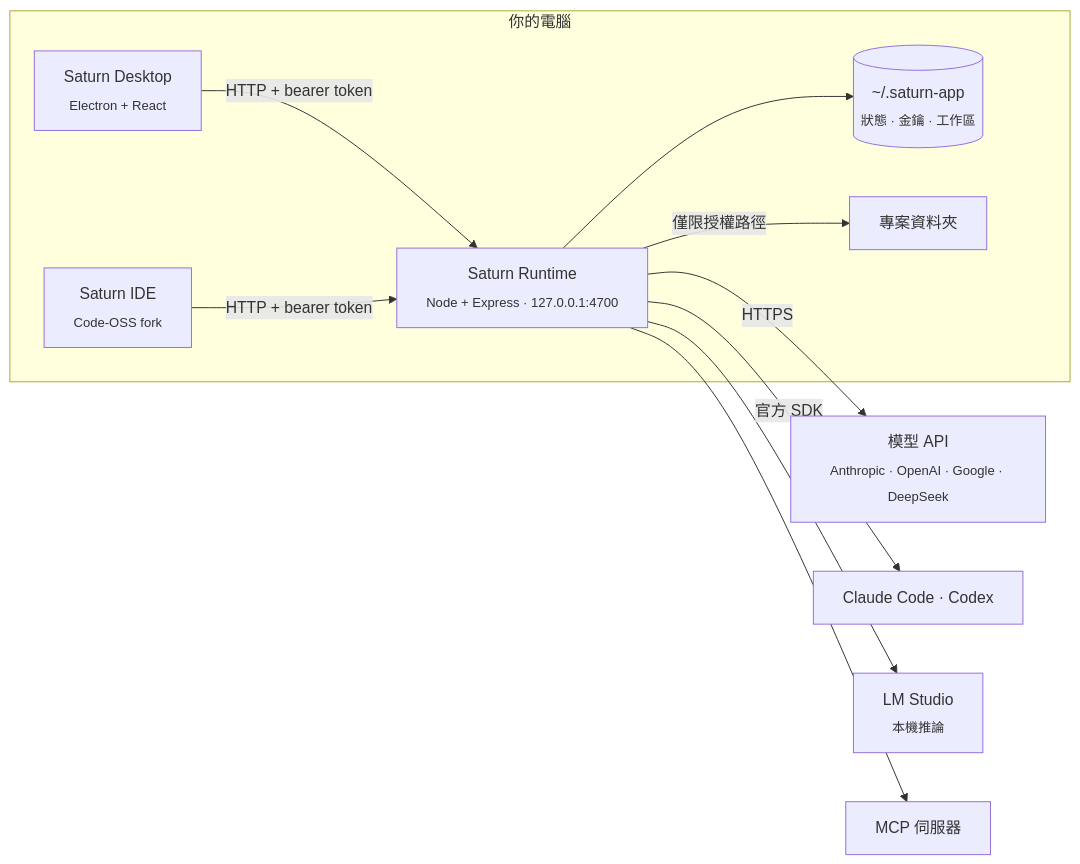
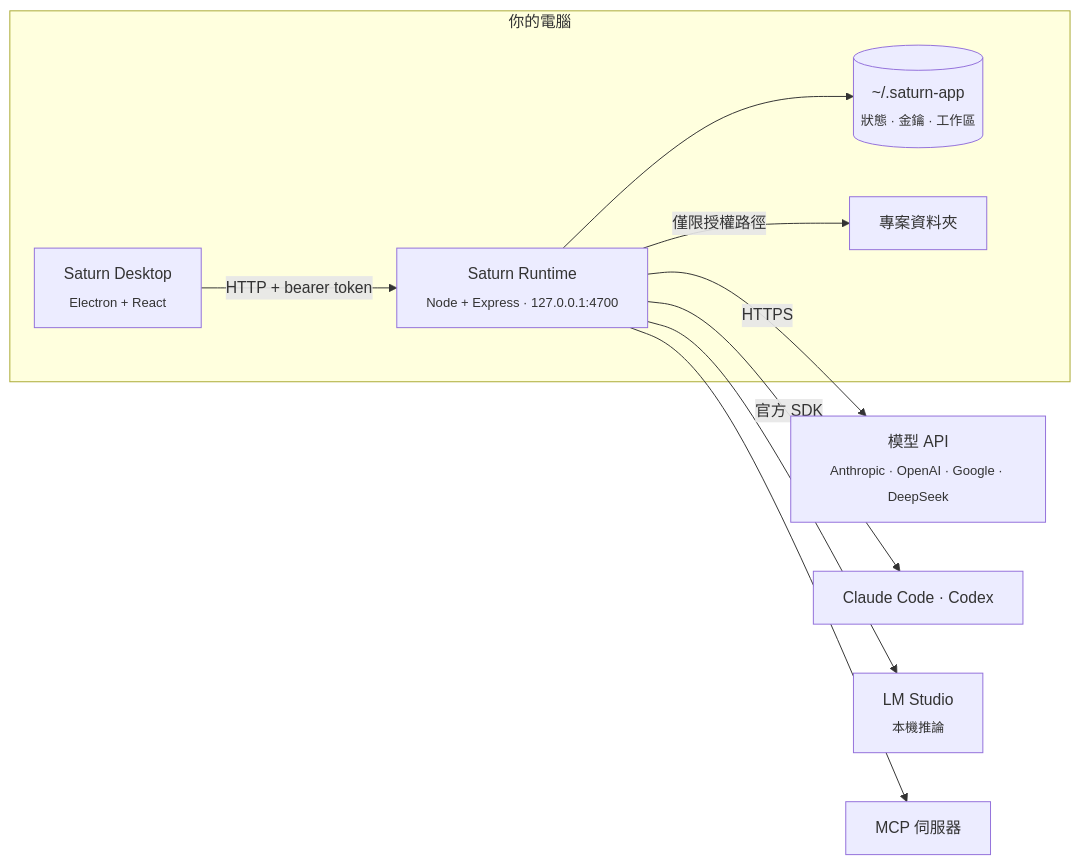
One commit to Saturn-Technology-Project/Saturn-App changed the diagram in README_ZH.md. Above: the diagram before and after it, drawn with Mermaid. The commit also changed other lines of this file and 7 other files, not shown here.

Commit message:
Docs: Saturn no longer includes an IDE

````diff
--- a/README_ZH.md
+++ b/README_ZH.md
@@ -155,18 +132,16 @@
 ```mermaid
 flowchart LR
   subgraph Machine["你的電腦"]
     D["Saturn Desktop<br/><sub>Electron + React</sub>"]
-    I["Saturn IDE<br/><sub>Code-OSS fork</sub>"]
     R["Saturn Runtime<br/><sub>Node + Express · 127.0.0.1:4700</sub>"]
     S[("~/.saturn-app<br/><sub>狀態 · 金鑰 · 工作區</sub>")]
     P["專案資料夾"]
     D -- "HTTP + bearer token" --> R
-    I -- "HTTP + bearer token" --> R
     R --> S
     R -- "僅限授權路徑" --> P
   end
   R -- "HTTPS" --> M["模型 API<br/><sub>Anthropic · OpenAI · Google · DeepSeek</sub>"]
   R -- "官方 SDK" --> C["Claude Code · Codex"]
   R --> L["LM Studio<br/><sub>本機推論</sub>"]
   R --> X["MCP 伺服器"]
 ```
````
